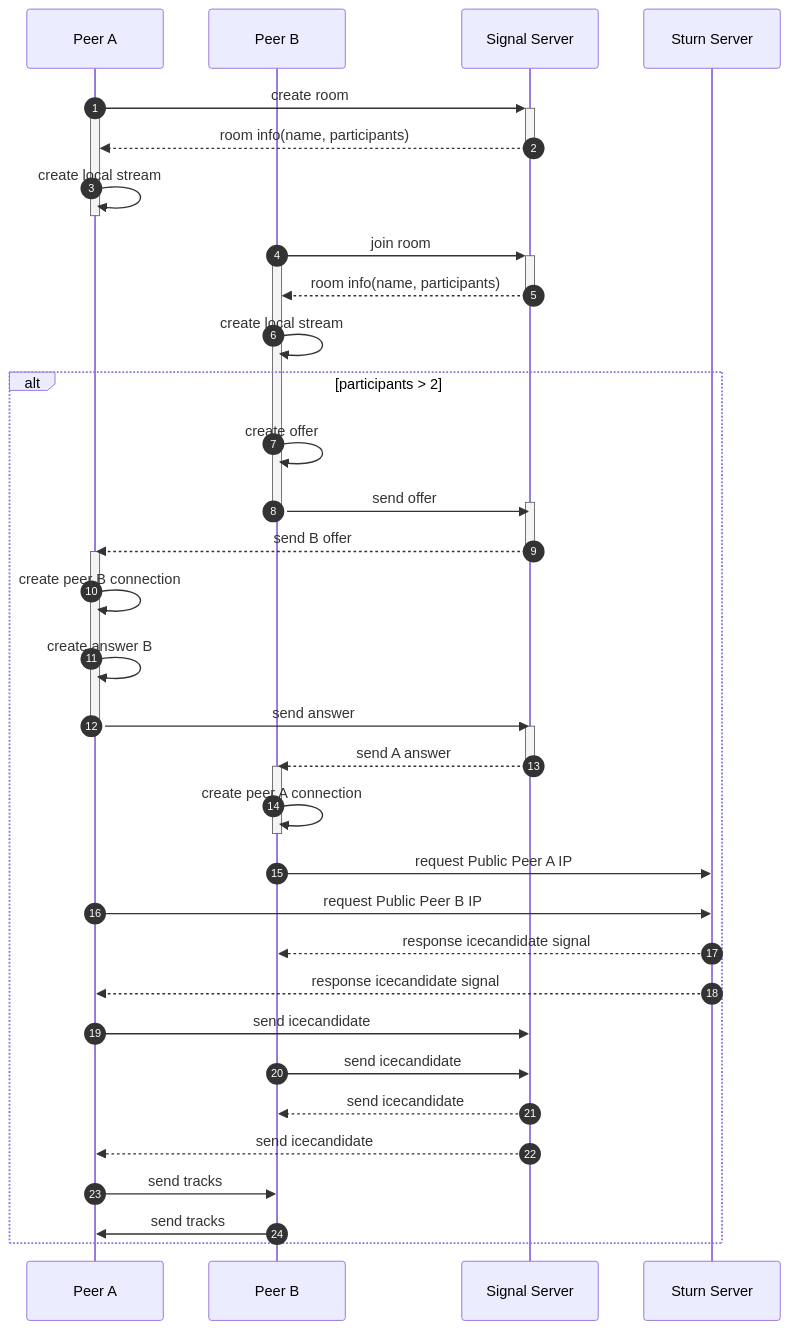
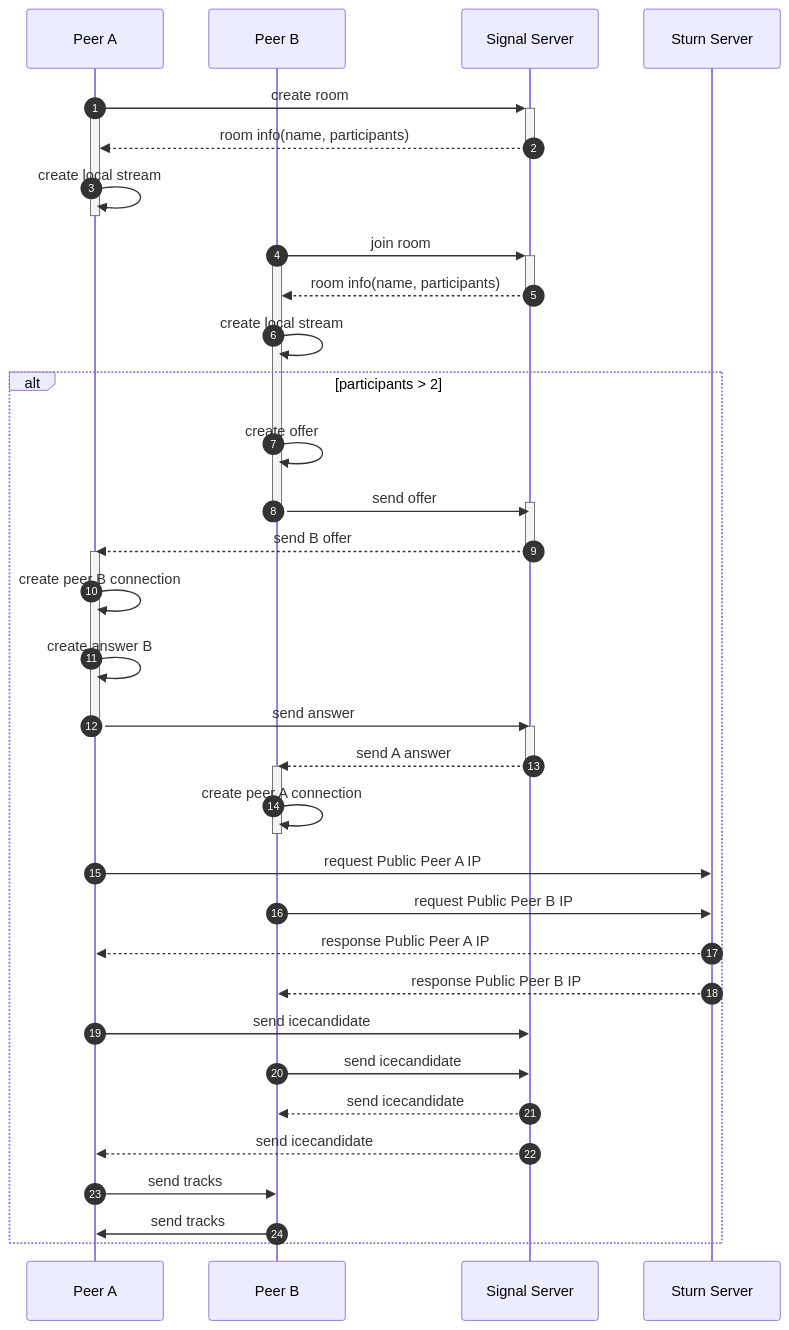
The diagram in README.md (0vollov0/webrtc), drawn with Mermaid before and after one commit.

````diff
--- a/README.md
+++ b/README.md
@@ -31,48 +31,48 @@
 ```mermaid
 sequenceDiagram
     Participant A as Peer A
     Participant B as Peer B
     Participant S as Signal Server
     Participant T as Sturn Server
     autonumber
 
     A ->>+ S : create room
     activate A
     S -->>- A: room info(name, participants)
     A ->> A: create local stream
     deactivate A
 
     B ->>+ S : join room
     activate B
     S -->>- B: room info(name, participants)
     B ->> B: create local stream
     alt participants > 2
         B ->> B: create offer
         B ->> S: send offer
         activate S
         deactivate B
         S -->> A: send B offer
         deactivate S
         activate A
         A ->> A : create peer B connection
         A ->> A : create answer B
         A ->> S : send answer
         deactivate A
         activate S
         S -->> B: send A answer
         deactivate S
         activate B
         B ->> B: create peer A connection
         deactivate B
-        B ->> T: request Public Peer A IP
-        A ->> T: request Public Peer B IP
-        T -->> B: response icecandidate signal
-        T -->> A: response icecandidate signal
+        A ->> T: request Public Peer A IP
+        B ->> T: request Public Peer B IP
+        T -->> A: response Public Peer A IP
+        T -->> B: response Public Peer B IP
         A ->> S : send icecandidate
         B ->> S : send icecandidate
         S -->> B : send icecandidate
         S -->> A : send icecandidate
         A ->> B : send tracks
         B ->> A : send tracks
     end
 ```
````
